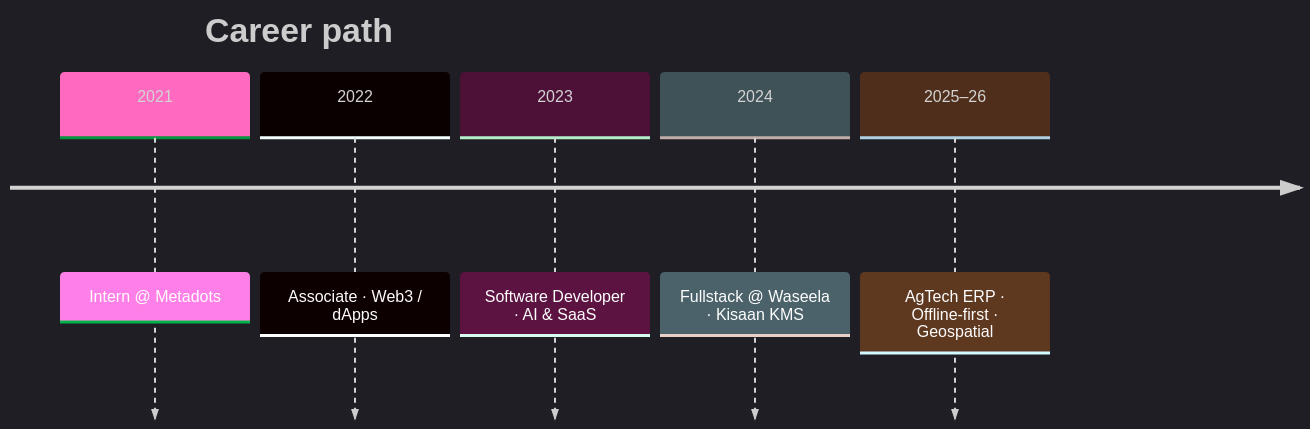
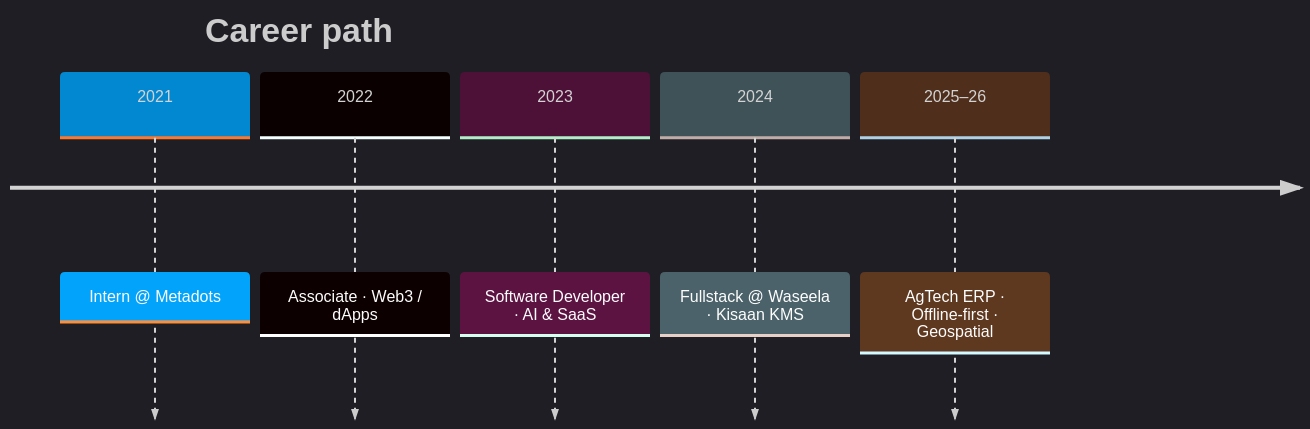
One commit to SaadNiaziDev/SaadNiaziDev changed the diagram in README.md. Above: the diagram before and after it, drawn with Mermaid. The commit also changed other lines of this file, not shown here.

First line of the commit message:
fix: swap pink neon palette for ocean blue theme

````diff
--- a/README.md
+++ b/README.md
@@ -64,10 +64,10 @@
 ```mermaid
-%%{init: {'theme': 'dark', 'themeVariables': { 'primaryColor': '#FF6AC1', 'primaryTextColor': '#fff', 'primaryBorderColor': '#2EC4B6', 'lineColor': '#FF9F1C', 'secondaryColor': '#7B2CBF', 'tertiaryColor': '#1a1b27'}}}%%
+%%{init: {'theme': 'dark', 'themeVariables': { 'primaryColor': '#0288D1', 'primaryTextColor': '#fff', 'primaryBorderColor': '#4FC3F7', 'lineColor': '#FF8F00', 'secondaryColor': '#00897B', 'tertiaryColor': '#0D1117'}}}%%
 timeline
     title Career path
     2021 : Intern @ Metadots
     2022 : Associate · Web3 / dApps
     2023 : Software Developer · AI & SaaS
     2024 : Fullstack @ Waseela · Kisaan KMS
     2025–26 : AgTech ERP · Offline-first · Geospatial
 ```
````
